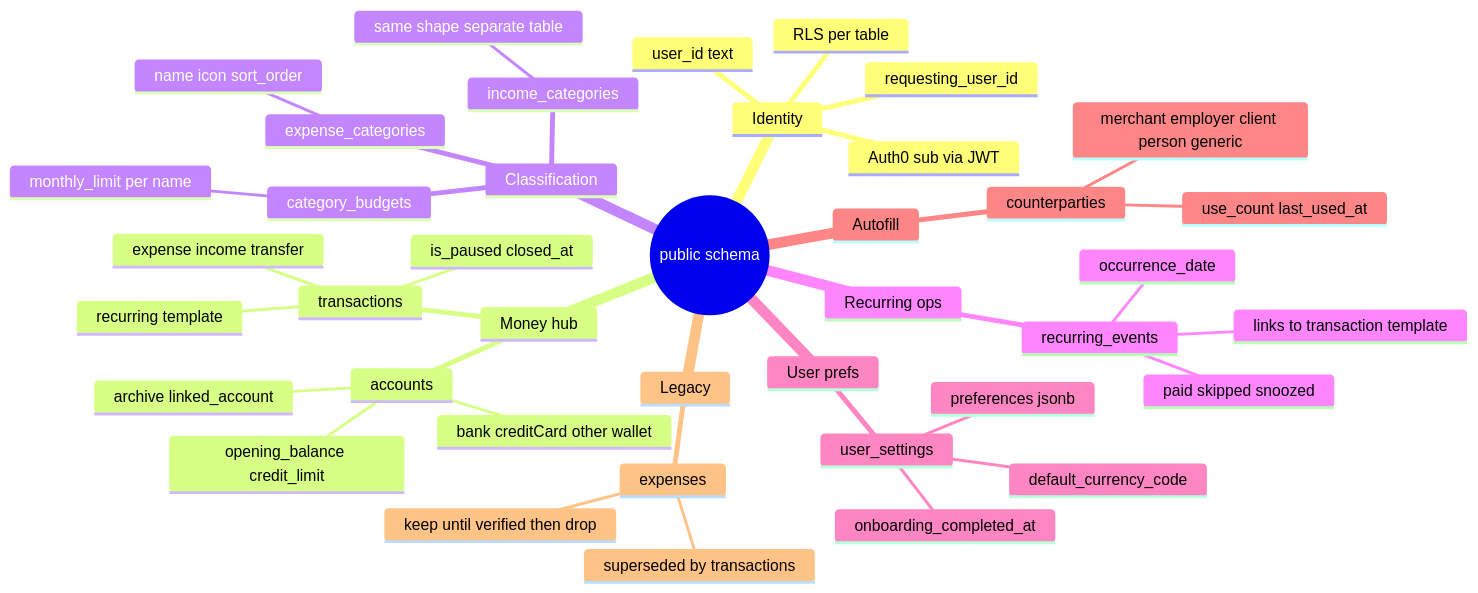
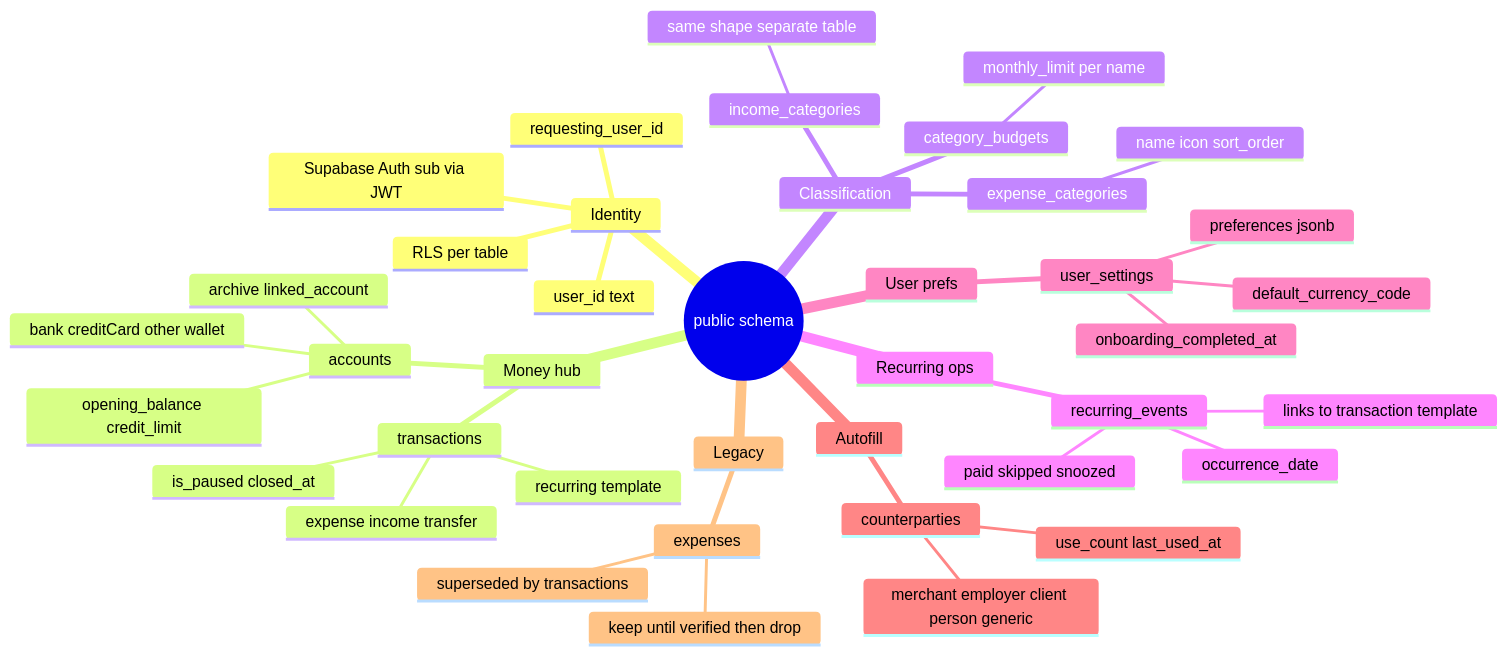
One commit to shubhamambastha/expense_tracker_app changed the first of 2 diagrams in docs/DATABASE_SCHEMA.md. Above: the diagram before and after it, drawn with Mermaid. The commit also changed other lines of this file and 14 other files, not shown here.

First line of the commit message:
docs: Supabase Auth setup, cutover order and runbook

````diff
--- a/docs/DATABASE_SCHEMA.md
+++ b/docs/DATABASE_SCHEMA.md
@@ -30,43 +30,43 @@
 ```mermaid
 mindmap
   root((public schema))
     Identity
       user_id text
-      Auth0 sub via JWT
+      Supabase Auth sub via JWT
       requesting_user_id
       RLS per table
     Money hub
       transactions
         expense income transfer
         recurring template
         is_paused closed_at
       accounts
         bank creditCard other wallet
         opening_balance credit_limit
         archive linked_account
     Classification
       expense_categories
         name icon sort_order
       income_categories
         same shape separate table
       category_budgets
         monthly_limit per name
     Recurring ops
       recurring_events
         paid skipped snoozed
         occurrence_date
         links to transaction template
     User prefs
       user_settings
         default_currency_code
         preferences jsonb
         onboarding_completed_at
     Autofill
       counterparties
         merchant employer client person generic
         use_count last_used_at
     Legacy
       expenses
         superseded by transactions
         keep until verified then drop
 ```
````
